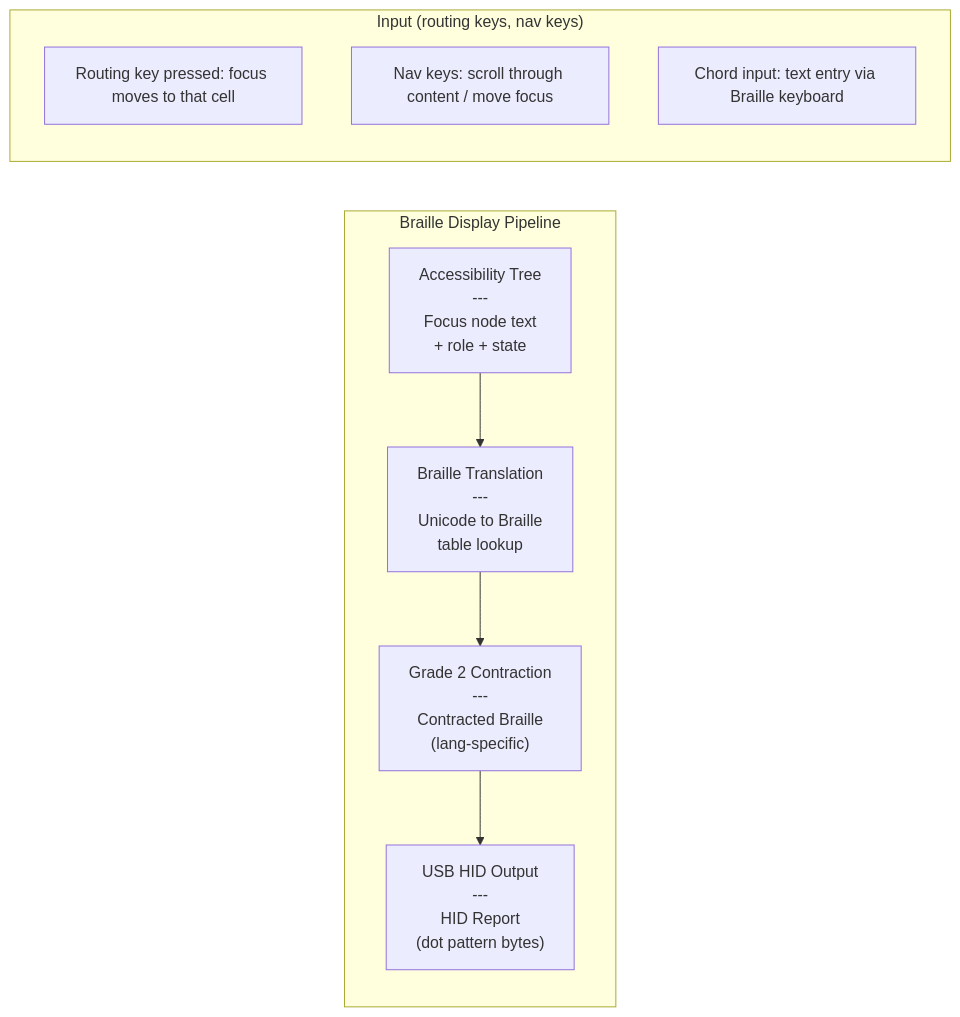
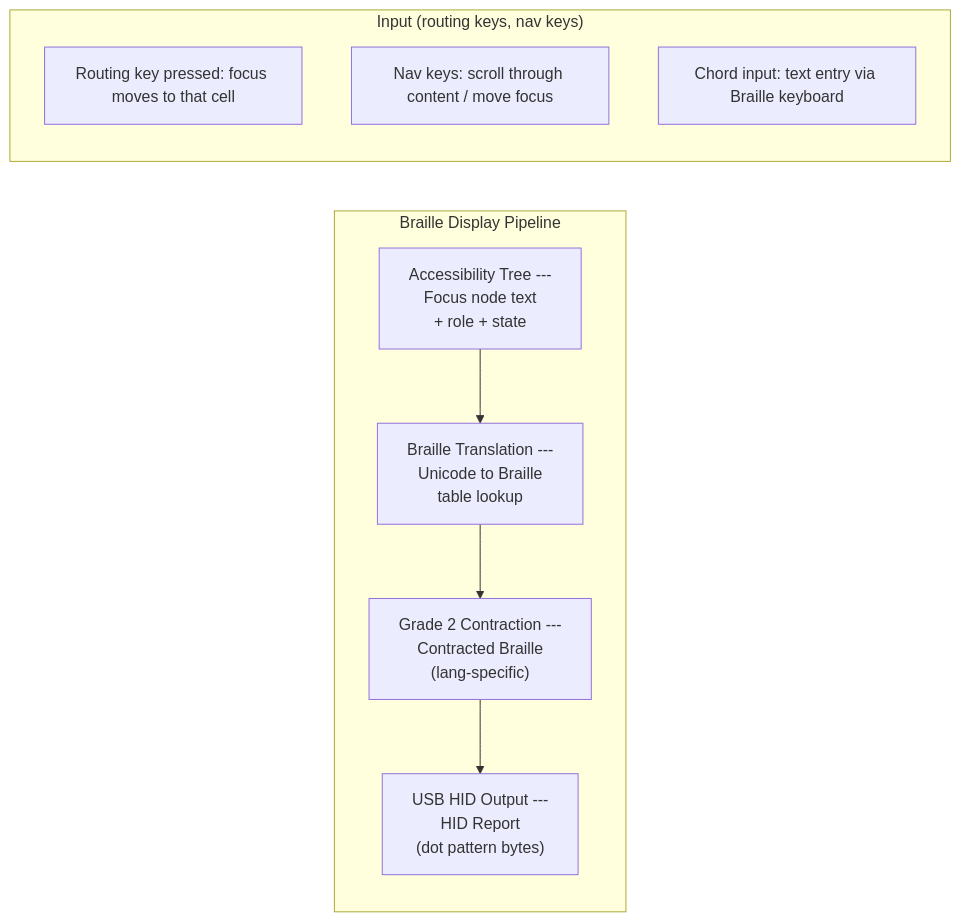
Before and after one commit to juslee/aios: the fourth of 11 diagrams in docs/experience/accessibility.md, drawn with Mermaid. The commit also changed other lines of this file and 24 other files, not shown here.

First line of the commit message:
Upgrade all 132 Mermaid diagrams to v11 syntax across 25 docs

````diff
--- a/docs/experience/accessibility.md
+++ b/docs/experience/accessibility.md
@@ -374,17 +405,29 @@
 ```mermaid
-graph LR
+flowchart LR
     subgraph BDP["Braille Display Pipeline"]
-        AT["Accessibility Tree<br/>---<br/>Focus node text<br/>+ role + state"]
-        BT["Braille Translation<br/>---<br/>Unicode to Braille<br/>table lookup"]
-        GC["Grade 2 Contraction<br/>---<br/>Contracted Braille<br/>(lang-specific)"]
-        HID["USB HID Output<br/>---<br/>HID Report<br/>(dot pattern bytes)"]
+        AT["`Accessibility Tree
+---
+Focus node text
++ role + state`"]
+        BT["`Braille Translation
+---
+Unicode to Braille
+table lookup`"]
+        GC["`Grade 2 Contraction
+---
+Contracted Braille
+(lang-specific)`"]
+        HID["`USB HID Output
+---
+HID Report
+(dot pattern bytes)`"]
 
         AT --> BT --> GC --> HID
     end
 
     subgraph BI["Input (routing keys, nav keys)"]
         RK["Routing key pressed: focus moves to that cell"]
         NK["Nav keys: scroll through content / move focus"]
         CI["Chord input: text entry via Braille keyboard"]
     end
 ```
````
